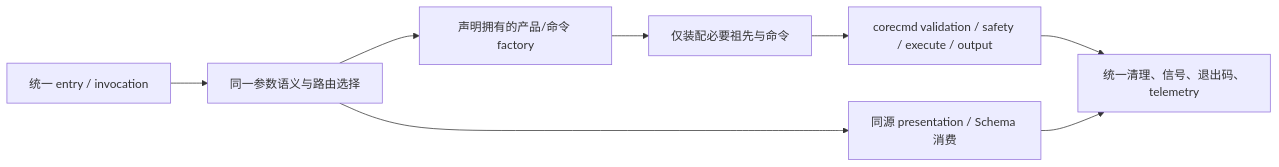
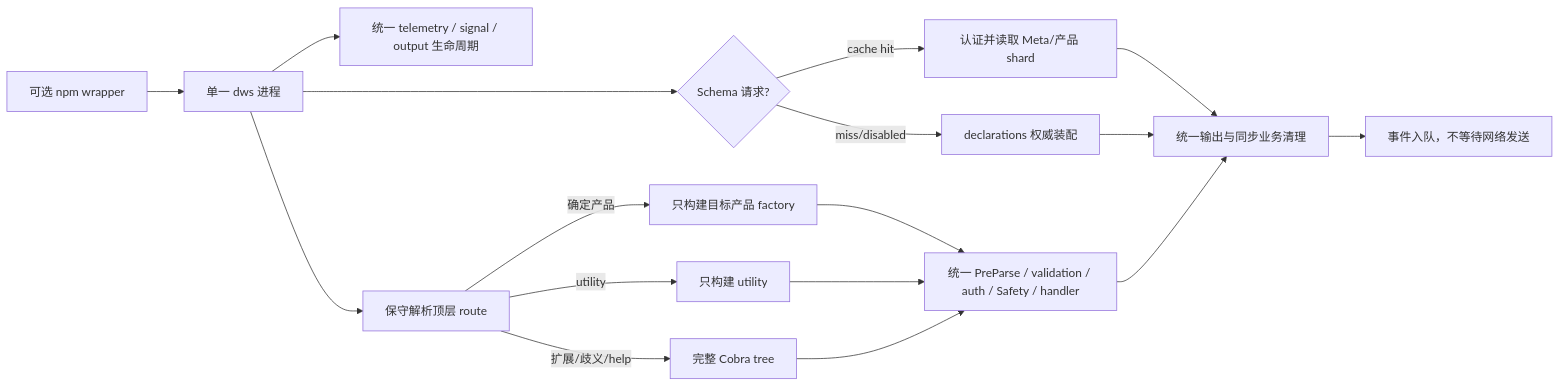
Before and after one commit to DingTalk-Real-AI/dingtalk-workspace-cli: the diagram in docs/design-cli-performance-parity.md, drawn with Mermaid. The commit also changed other lines of this file and 115 other files, not shown here.

````diff
--- a/docs/design-cli-performance-parity.md
+++ b/docs/design-cli-performance-parity.md
@@ -94,10 +11,19 @@
 ```mermaid
 flowchart LR
-    E[统一 entry / invocation] --> P[同一参数语义与路由选择]
-    P --> D[声明拥有的产品/命令 factory]
-    D --> M[仅装配必要祖先与命令]
-    M --> F[corecmd validation / safety / execute / output]
-    P --> Q[同源 presentation / Schema 消费]
-    F --> X[统一清理、信号、退出码、telemetry]
-    Q --> X
+    W[可选 npm wrapper] --> D[单一 dws 进程]
+    D --> T[统一 telemetry / signal / output 生命周期]
+    D --> S{Schema 请求?}
+    S -->|cache hit| C[认证并读取 Meta/产品 shard]
+    S -->|miss/disabled| A[declarations 权威装配]
+    D --> R[保守解析顶层 route]
+    R -->|确定产品| P[只构建目标产品 factory]
+    R -->|utility| U[只构建 utility]
+    R -->|扩展/歧义/help| F[完整 Cobra tree]
+    P --> X[统一 PreParse / validation / auth / Safety / handler]
+    U --> X
+    F --> X
+    C --> O[统一输出与同步业务清理]
+    A --> O
+    X --> O
+    O --> Q[事件入队，不等待网络发送]
 ```
````
